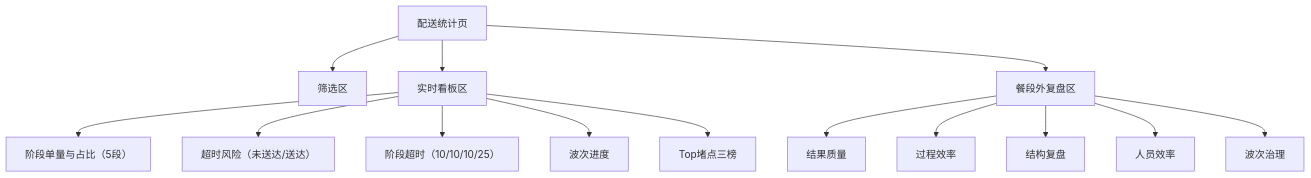
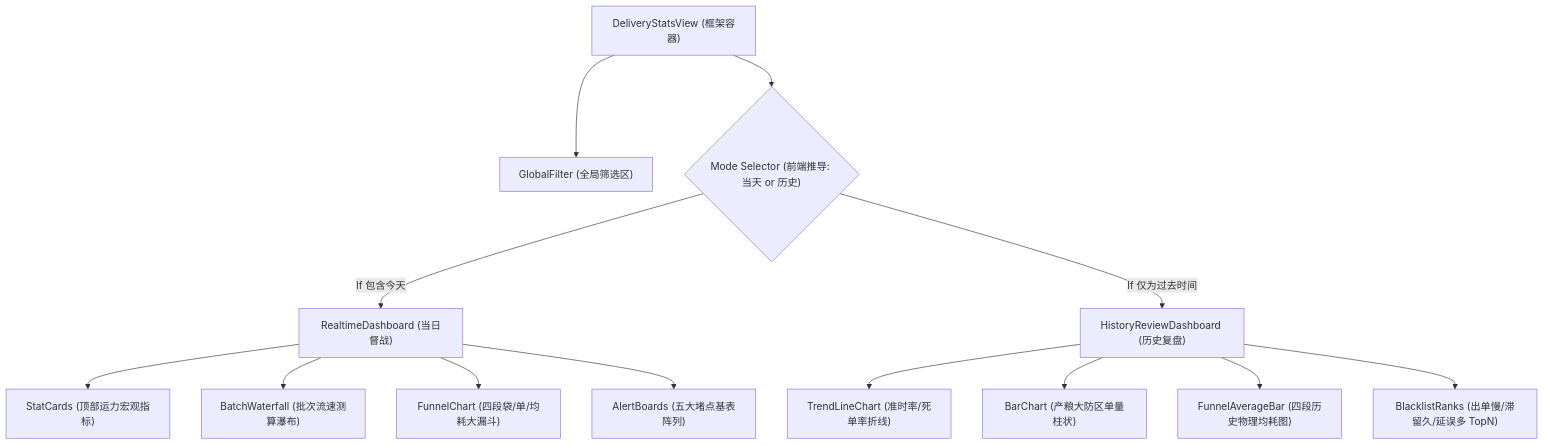
The diagram in docs/modules/配送统计/Spec.md (sdvegeta/gjhadmin), drawn with Mermaid before and after one commit. The commit also changed other lines of this file and 3 other files, not shown here.

Commit message:
feat(delivery-stats): 实现空闲运力详情抽屉并同步更新文档

````diff
--- a/docs/modules/配送统计/Spec.md
+++ b/docs/modules/配送统计/Spec.md
@@ -8,16 +8,17 @@
 ```mermaid
 flowchart TD
-    A["配送统计页"] --> B["筛选区"]
-    A --> C["实时看板区"]
-    C --> C1["阶段单量与占比（5段）"]
-    C --> C2["超时风险（未送达/送达）"]
-    C --> C3["阶段超时（10/10/10/25）"]
-    C --> C4["波次进度"]
-    C --> C5["Top堵点三榜"]
-    A --> D["餐段外复盘区"]
-    D --> D1["结果质量"]
-    D --> D2["过程效率"]
-    D --> D3["结构复盘"]
-    D --> D4["人员效率"]
-    D --> D5["波次治理"]
+    A["DeliveryStatsView (框架容器)"] --> B["GlobalFilter (全局筛选区)"]
+    A --> C{"Mode Selector (前端推导: 当天 or 历史)"}
+    
+    C -->|If 包含今天| D["RealtimeDashboard (当日督战)"]
+    D --> D1["StatCards (顶部运力宏观指标)"]
+    D --> D2["BatchWaterfall (批次流速测算瀑布)"]
+    D --> D3["FunnelChart (四段袋/单/均耗大漏斗)"]
+    D --> D4["AlertBoards (五大堵点基表阵列)"]
+    
+    C -->|If 仅为过去时间| E["HistoryReviewDashboard (历史复盘)"]
+    E --> E1["TrendLineChart (准时率/死单率折线)"]
+    E --> E2["BarChart (产粮大防区单量柱状)"]
+    E --> E3["FunnelAverageBar (四段历史物理均耗图)"]
+    E --> E4["BlacklistRanks (出单慢/滞留久/延误多 TopN)"]
 ```
````
